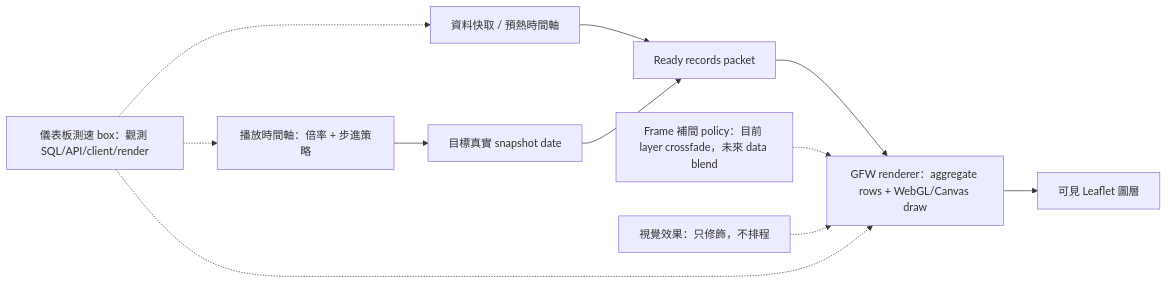
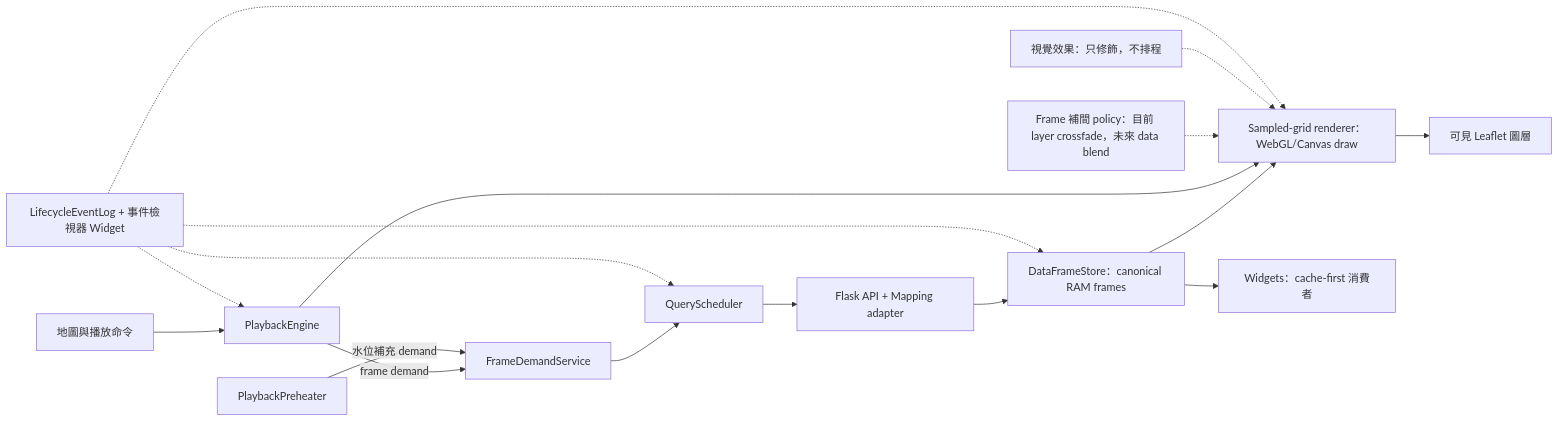
The second of 5 diagrams in README.zh-TW.md (Kagamihara-Ruruka/gfw-flask-mysql-adapter), drawn with Mermaid before and after one commit. The commit also changed other lines of this file and 187 other files, not shown here.

Commit message:
Checkpoint lifecycle and runtime architecture

````diff
--- a/README.zh-TW.md
+++ b/README.zh-TW.md
@@ -188,13 +204,19 @@
 ```mermaid
 flowchart LR
-  Clock["播放時間軸：倍率 + 步進策略"] --> Target["目標真實 snapshot date"]
-  Cache["資料快取 / 預熱時間軸"] --> Packet["Ready records packet"]
-  Target --> Packet
-  Packet --> Renderer["GFW renderer：aggregate rows + WebGL/Canvas draw"]
+  UI["地圖與播放命令"] --> Engine["PlaybackEngine"]
+  Engine -->|"frame demand"| Demand["FrameDemandService"]
+  Preheater["PlaybackPreheater"] -->|"水位補充 demand"| Demand
+  Demand --> Scheduler["QueryScheduler"]
+  Scheduler --> Adapter["Flask API + Mapping adapter"]
+  Adapter --> Store["DataFrameStore：canonical RAM frames"]
+  Store --> Renderer["Sampled-grid renderer：WebGL/Canvas draw"]
+  Store --> Widgets["Widgets：cache-first 消費者"]
+  Engine --> Renderer
   Interp["Frame 補間 policy：目前 layer crossfade，未來 data blend"] -.-> Renderer
   Effects["視覺效果：只修飾，不排程"] -.-> Renderer
   Renderer --> Map["可見 Leaflet 圖層"]
-  Metrics["儀表板測速 box：觀測 SQL/API/client/render"] -.-> Clock
-  Metrics -.-> Cache
-  Metrics -.-> Renderer
+  Events["LifecycleEventLog + 事件檢視器 Widget"] -.-> Engine
+  Events -.-> Scheduler
+  Events -.-> Store
+  Events -.-> Renderer
 ```
````
